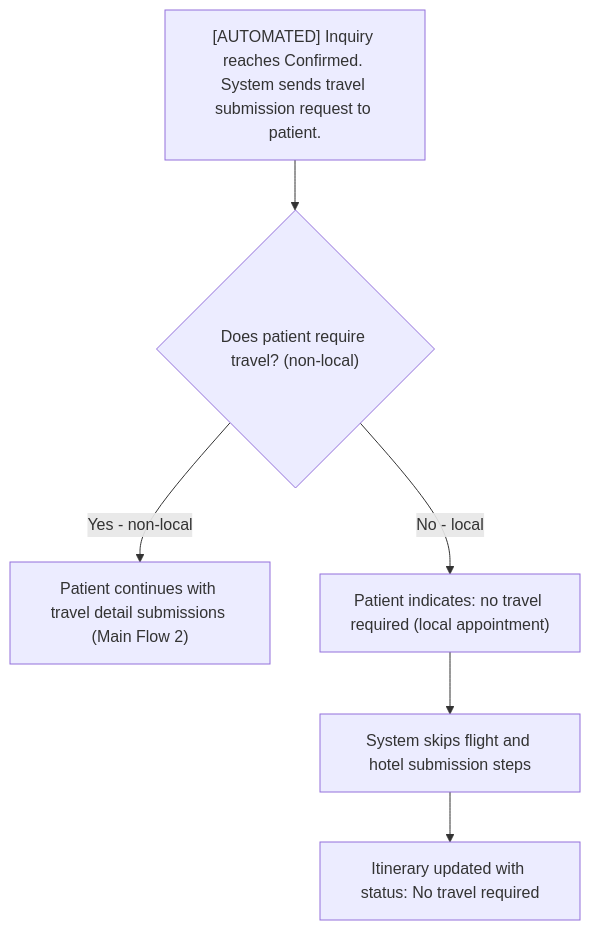
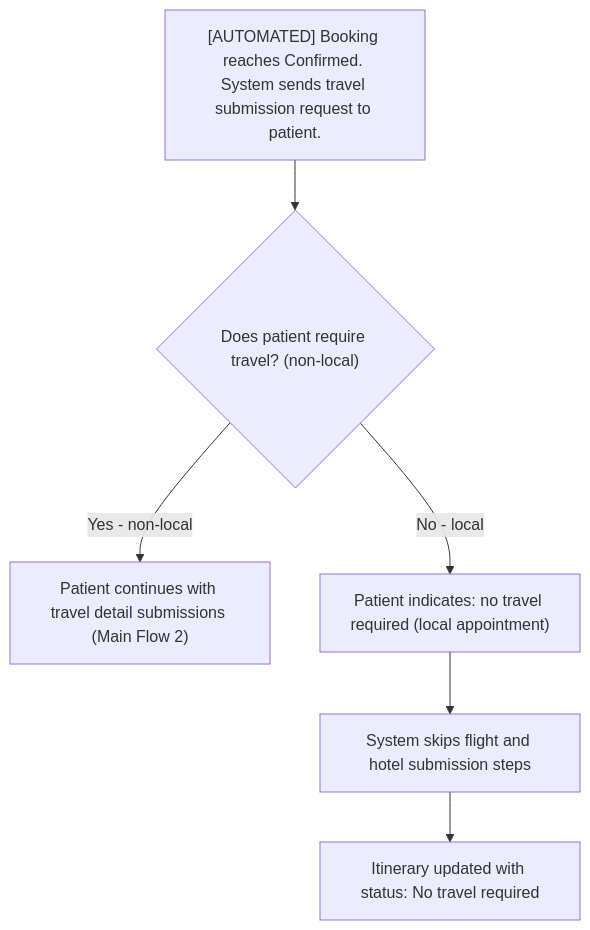
Before and after one commit to joachimtrungtuan/hairline-pm-docs: the fifth of 5 diagrams in project-requirements/functional-requirements/fr008-travel-booking-integration/prd.md, drawn with Mermaid. The commit also changed other lines of this file and 2 other files, not shown here.

Commit message:
docs(travel): align travel with confirmed booking choice

````diff
--- a/project-requirements/functional-requirements/fr008-travel-booking-integration/prd.md
+++ b/project-requirements/functional-requirements/fr008-travel-booking-integration/prd.md
@@ -232,15 +232,15 @@
 ```mermaid
 flowchart TD
-  B1S1["[AUTOMATED] Inquiry reaches Confirmed. System sends travel submission request to patient."]
+  B1S1["[AUTOMATED] Booking reaches Confirmed. System sends travel submission request to patient."]
   B1S2{"Does patient require travel? (non-local)"}
   B1S3["Patient continues with travel detail submissions (Main Flow 2)"]
   B1S4["Patient indicates: no travel required (local appointment)"]
   B1S5["System skips flight and hotel submission steps"]
   B1S6["Itinerary updated with status: No travel required"]
 
   B1S1 --> B1S2
   B1S2 -->|Yes - non-local| B1S3
   B1S2 -->|No - local| B1S4
   B1S4 --> B1S5
   B1S5 --> B1S6
 ```
````
